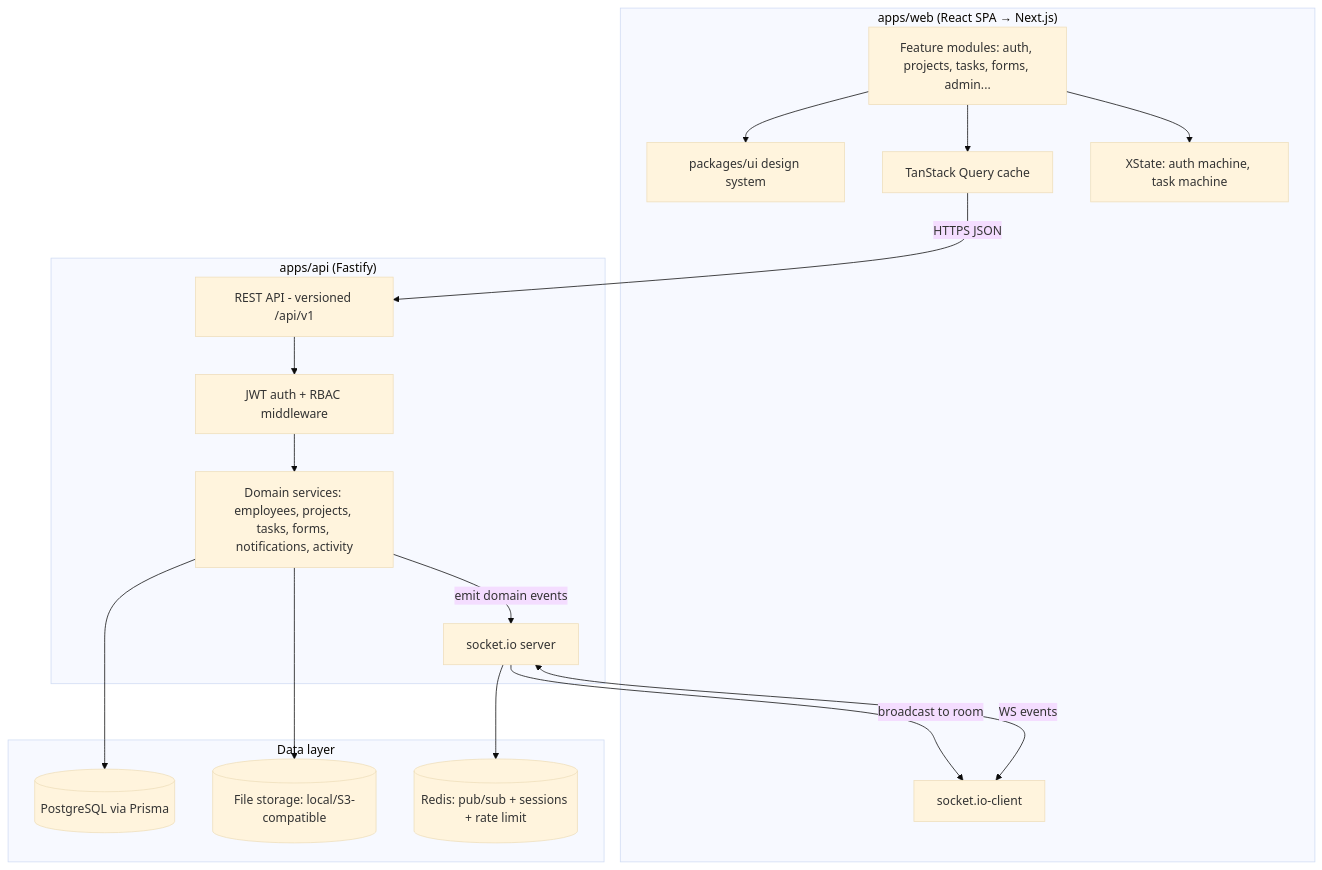
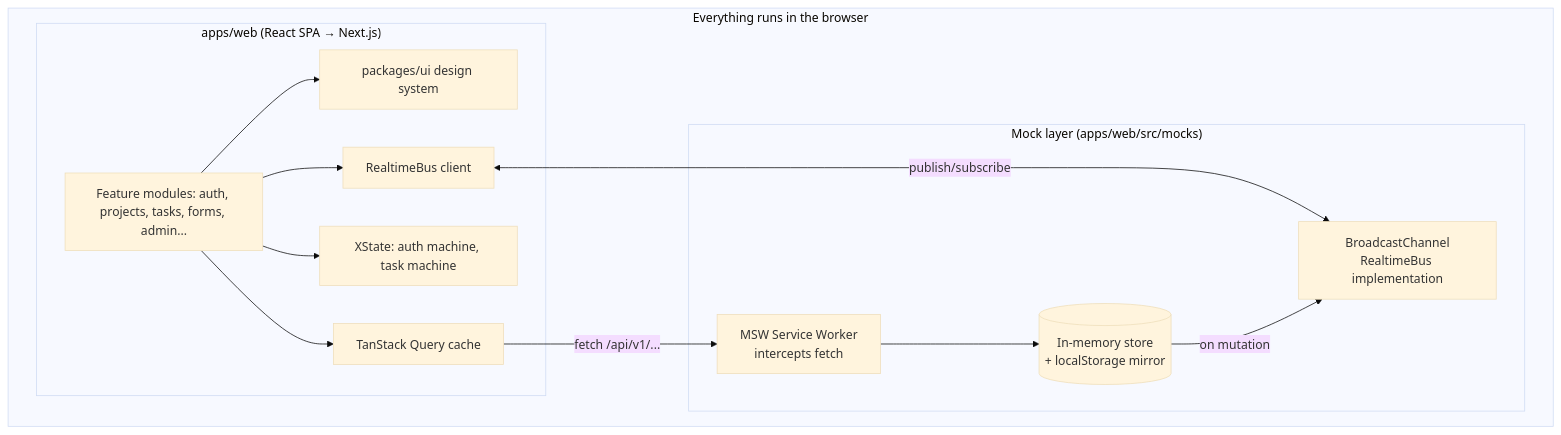
Before and after one commit to Shubhek-sha/finaltask: the first of 6 diagrams in ARCHITECTURE.md, drawn with Mermaid (base theme). The commit also changed other lines of this file and 7 other files, not shown here.

First line of the commit message:
Course-correct: frontend-only, drop apps/api for a mocked network layer

````diff
--- a/ARCHITECTURE.md
+++ b/ARCHITECTURE.md
@@ -158,36 +166,27 @@
 ```mermaid
 graph TB
-    subgraph Client["apps/web (React SPA → Next.js)"]
-        UI[packages/ui design system]
-        Modules[Feature modules: auth, projects, tasks, forms, admin...]
-        RQ[TanStack Query cache]
-        XS[XState: auth machine, task machine]
-        SocketClient[socket.io-client]
-    end
+    subgraph Browser["Everything runs in the browser"]
+        subgraph App["apps/web (React SPA → Next.js)"]
+            UI[packages/ui design system]
+            Modules[Feature modules: auth, projects, tasks, forms, admin...]
+            RQ[TanStack Query cache]
+            XS[XState: auth machine, task machine]
+            RTClient[RealtimeBus client]
+        end
 
-    subgraph Server["apps/api (Fastify)"]
-        REST[REST API - versioned /api/v1]
-        AuthMW[JWT auth + RBAC middleware]
-        SocketServer[socket.io server]
-        Services[Domain services: employees, projects, tasks, forms, notifications, activity]
-    end
-
-    subgraph Data["Data layer"]
-        PG[(PostgreSQL via Prisma)]
-        Redis[(Redis: pub/sub + sessions + rate limit)]
-        FileStore[(File storage: local/S3-compatible)]
+        subgraph Mock["Mock layer (apps/web/src/mocks)"]
+            SW[MSW Service Worker<br/>intercepts fetch]
+            Store[(In-memory store<br/>+ localStorage mirror)]
+            Bus[BroadcastChannel<br/>RealtimeBus implementation]
+        end
     end
 
     Modules --> UI
     Modules --> RQ
     Modules --> XS
-    RQ -->|HTTPS JSON| REST
-    SocketClient <-->|WS events| SocketServer
-
-    REST --> AuthMW --> Services
-    Services --> PG
-    Services --> FileStore
-    SocketServer --> Redis
-    Services -->|emit domain events| SocketServer
-    SocketServer -->|broadcast to room| SocketClient
+    Modules --> RTClient
+    RQ -->|fetch /api/v1/...| SW
+    SW --> Store
+    RTClient <-->|publish/subscribe| Bus
+    Store -->|on mutation| Bus
 ```
````
